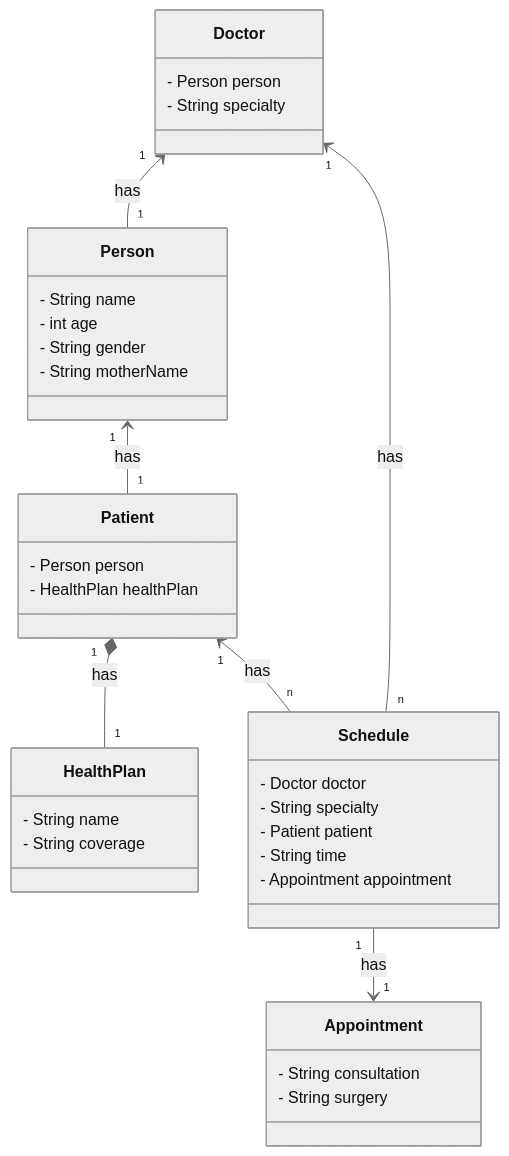
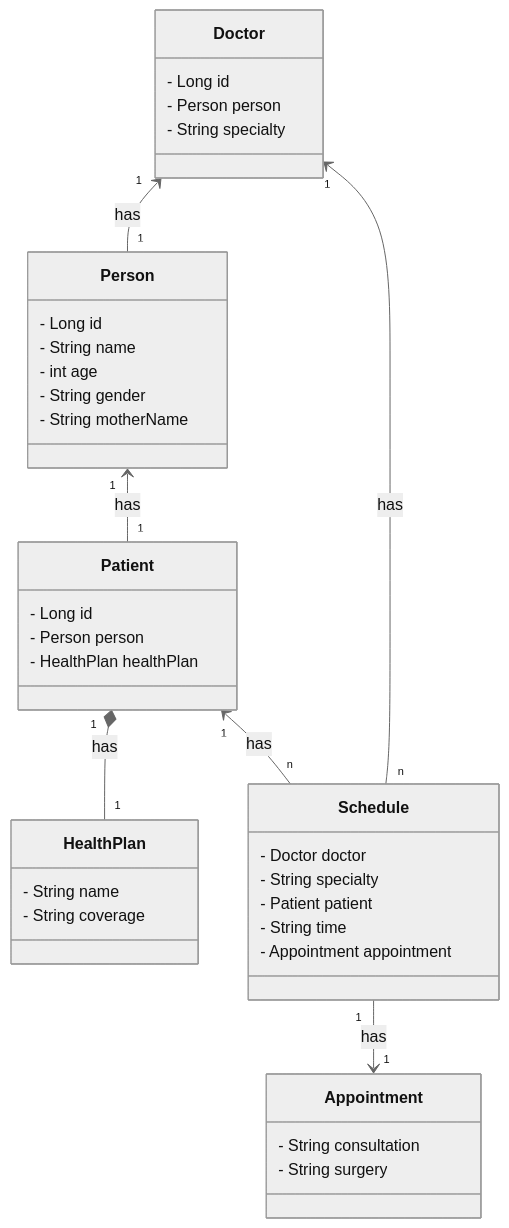
Before and after one commit to PedroCaput/clinica-medica: the diagram in README.md, drawn with Mermaid (neutral theme).

````diff
--- a/README.md
+++ b/README.md
@@ -5,45 +5,47 @@
 ```mermaid
 classDiagram
     class Person {
+        - Long id
         - String name
         - int age
         - String gender
         - String motherName
     }
     
     class Patient {
+        - Long id
         - Person person
         - HealthPlan healthPlan
     }
     
     class HealthPlan {
         - String name
         - String coverage
     }
     
     class Doctor {
+        - Long id
         - Person person
         - String specialty
     }
     
     class Appointment {
         - String consultation
         - String surgery
     }
     
     class Schedule {
         - Doctor doctor
         - String specialty
         - Patient patient
         - String time
         - Appointment appointment
     }
     
     Person "1" <-- "1" Patient : has
     Patient "1" *-- "1" HealthPlan : has
     Doctor "1" <-- "1" Person : has
     Doctor "1" <-- "n" Schedule : has
     Patient "1" <-- "n" Schedule : has
     Schedule "1" --> "1" Appointment : has
-
 ```
````
